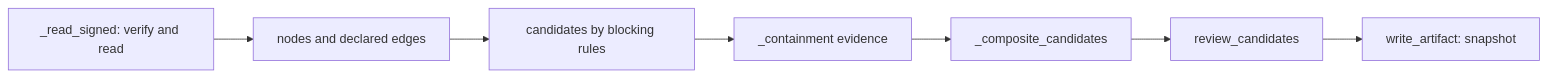
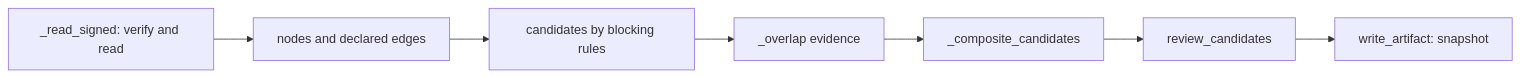
Before and after one commit to bayern4teams/db-catalogue: the third of 8 diagrams in TECHNICAL_IMPLEMENTATION.md, drawn with Mermaid. The commit also changed other lines of this file and 2 other files, not shown here.

````diff
--- a/TECHNICAL_IMPLEMENTATION.md
+++ b/TECHNICAL_IMPLEMENTATION.md
@@ -77,9 +77,9 @@
 ```mermaid
 flowchart LR
   A["_read_signed: verify and read"] --> B[nodes and declared edges]
   B --> C["candidates by blocking rules"]
-  C --> D["_containment evidence"]
+  C --> D["_overlap evidence"]
   D --> E["_composite_candidates"]
   E --> F["review_candidates"]
   F --> G["write_artifact: snapshot"]
 ```
````
